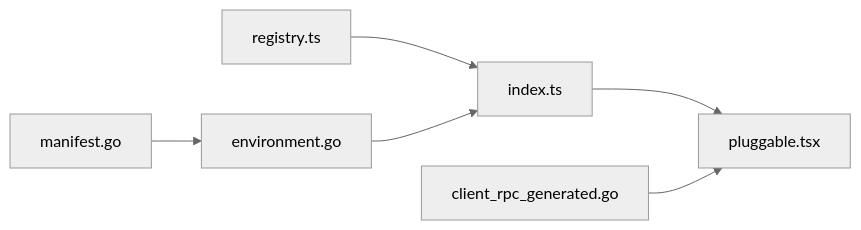
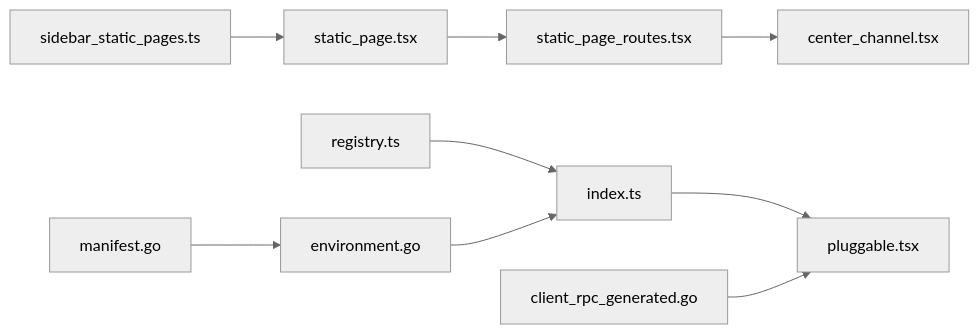
One commit to frankMa-1993/mattermost changed the third of 3 diagrams in .qoder/repowiki/zh/content/插件开发/前端插件开发.md. Above: the diagram before and after it, drawn with Mermaid (neutral theme). The commit also changed other lines of this file and 7 other files, not shown here.

````diff
--- a/.qoder/repowiki/zh/content/插件开发/前端插件开发.md
+++ b/.qoder/repowiki/zh/content/插件开发/前端插件开发.md
@@ -225,8 +331,11 @@
 ```mermaid
 graph LR
 REG["registry.ts"] --> IDX["index.ts"]
 IDX --> PLG["pluggable.tsx"]
+SP["sidebar_static_pages.ts"] --> STP["static_page.tsx"]
+STP --> SPR["static_page_routes.tsx"]
+SPR --> CC["center_channel.tsx"]
 MAN["manifest.go"] --> ENV["environment.go"]
 ENV --> IDX
 RPC["client_rpc_generated.go"] --> PLG
 ```
````
